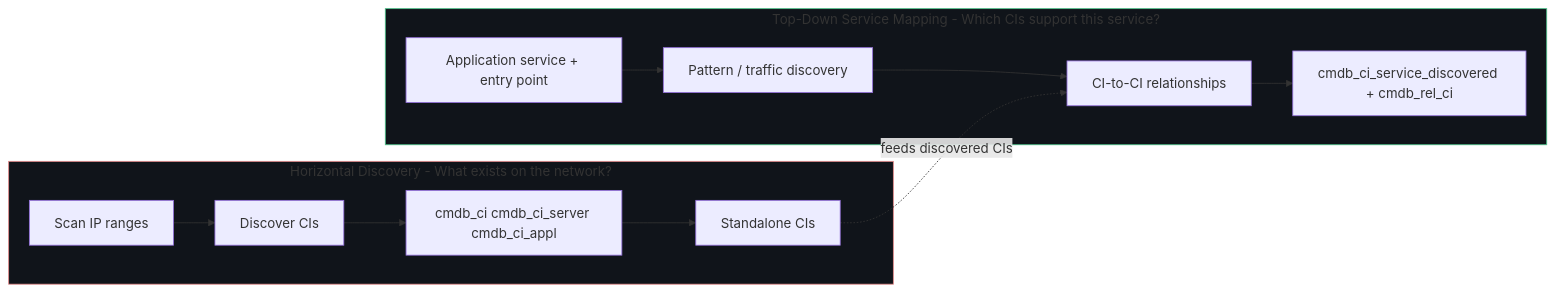
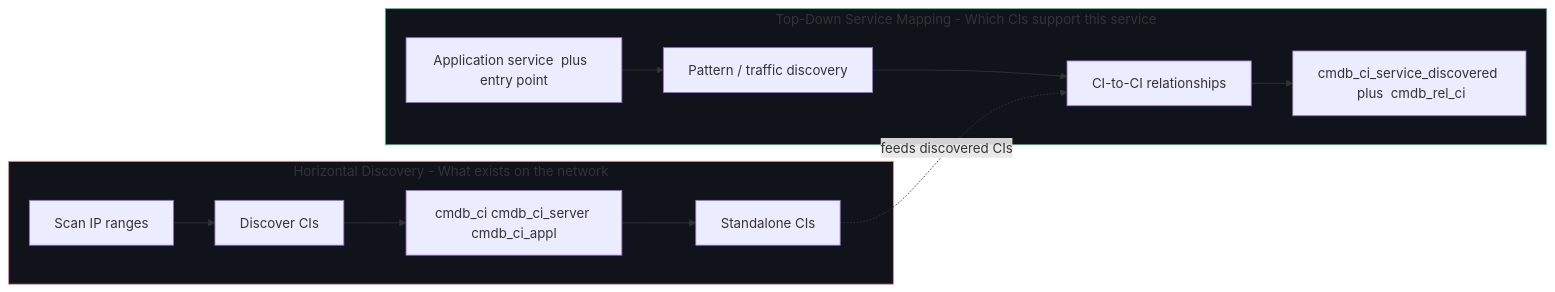
The fifth of 6 diagrams in docs/modules/servicemapping/servicemapping-guide.md (eltonaguiar/ServiceNow_Learning_TSOM-_CSM_FSM_SalesCRM_HAM_ITSM), drawn with Mermaid before and after one commit. The commit also changed other lines of this file and 19 other files, not shown here.

Commit message:
Fix all Mermaid diagram special characters - replace dollar, parens, slashes, quotes, pipes, nested brackets and other unsafe chars inside brackets with safe alternatives across 19 files

````diff
--- a/docs/modules/servicemapping/servicemapping-guide.md
+++ b/docs/modules/servicemapping/servicemapping-guide.md
@@ -454,20 +454,20 @@
 ```mermaid
 flowchart LR
-    subgraph HD[Horizontal Discovery - What exists on the network?]
+    subgraph HD[Horizontal Discovery - What exists on the network]
         H1[Scan IP ranges] --> H2[Discover CIs]
         H2 --> H3[cmdb_ci cmdb_ci_server cmdb_ci_appl]
         H3 --> H4[Standalone CIs]
     end
 
-    subgraph SM[Top-Down Service Mapping - Which CIs support this service?]
-        S1[Application service + entry point] --> S2[Pattern / traffic discovery]
+    subgraph SM[Top-Down Service Mapping - Which CIs support this service]
+        S1[Application service  plus  entry point] --> S2[Pattern / traffic discovery]
         S2 --> S3[CI-to-CI relationships]
-        S3 --> S4[cmdb_ci_service_discovered + cmdb_rel_ci]
+        S3 --> S4[cmdb_ci_service_discovered  plus  cmdb_rel_ci]
     end
 
     H4 -.->|feeds discovered CIs| S3
 
     style HD fill:#10141a,stroke:#e58a8a
     style SM fill:#10141a,stroke:#4cc38a
 
 ```
````
